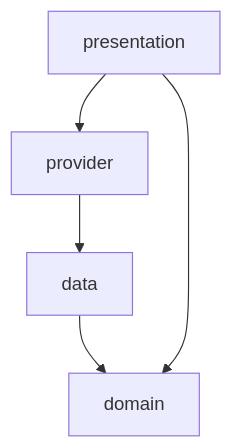
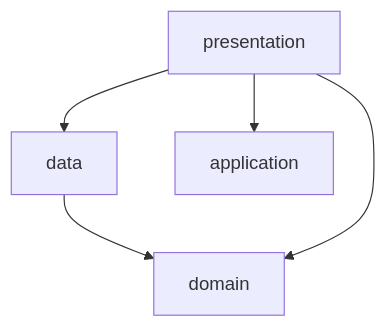
One commit to repinw/yamt changed the diagram in lib/features/household/DEPS.md. Above: the diagram before and after it, drawn with Mermaid. The commit also changed 107 other files, not shown here.

Commit message:
ref(yamt): architecture fix

````diff
--- a/lib/features/household/DEPS.md
+++ b/lib/features/household/DEPS.md
@@ -6,7 +6,7 @@
 ```mermaid
 flowchart TD;
 data-->domain;
+presentation-->application;
+presentation-->data;
 presentation-->domain;
-presentation-->provider;
-provider-->data;
 ```
````
